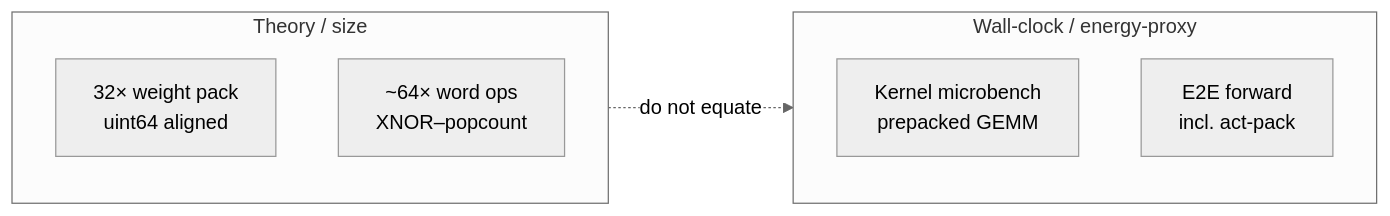
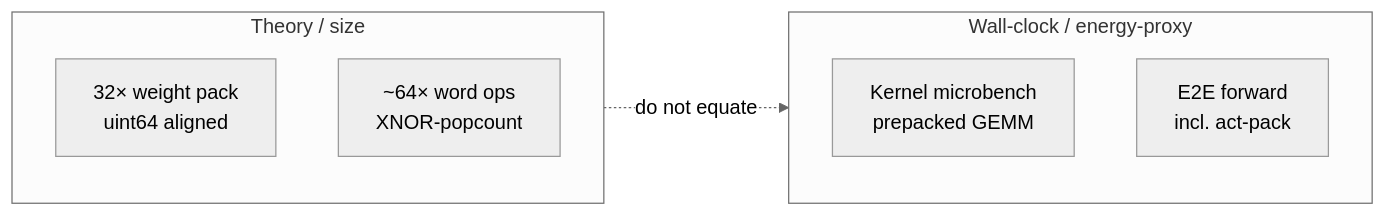
The sixth of 8 diagrams in README.md (KanakMalpani/Binary-Neural-Networks), drawn with Mermaid (neutral theme) before and after one commit. The commit also changed other lines of this file and 16 other files, not shown here.

````diff
--- a/README.md
+++ b/README.md
@@ -197,12 +303,12 @@
 ```mermaid
 flowchart LR
   subgraph Theory["Theory / size"]
     T1["32× weight pack<br/>uint64 aligned"]
-    T2["~64× word ops<br/>XNOR–popcount"]
+    T2["~64× word ops<br/>XNOR-popcount"]
   end
   subgraph Wall["Wall-clock / energy-proxy"]
     W1["Kernel microbench<br/>prepacked GEMM"]
     W2["E2E forward<br/>incl. act-pack"]
   end
   Theory -.->|"do not equate"| Wall
 ```
````
